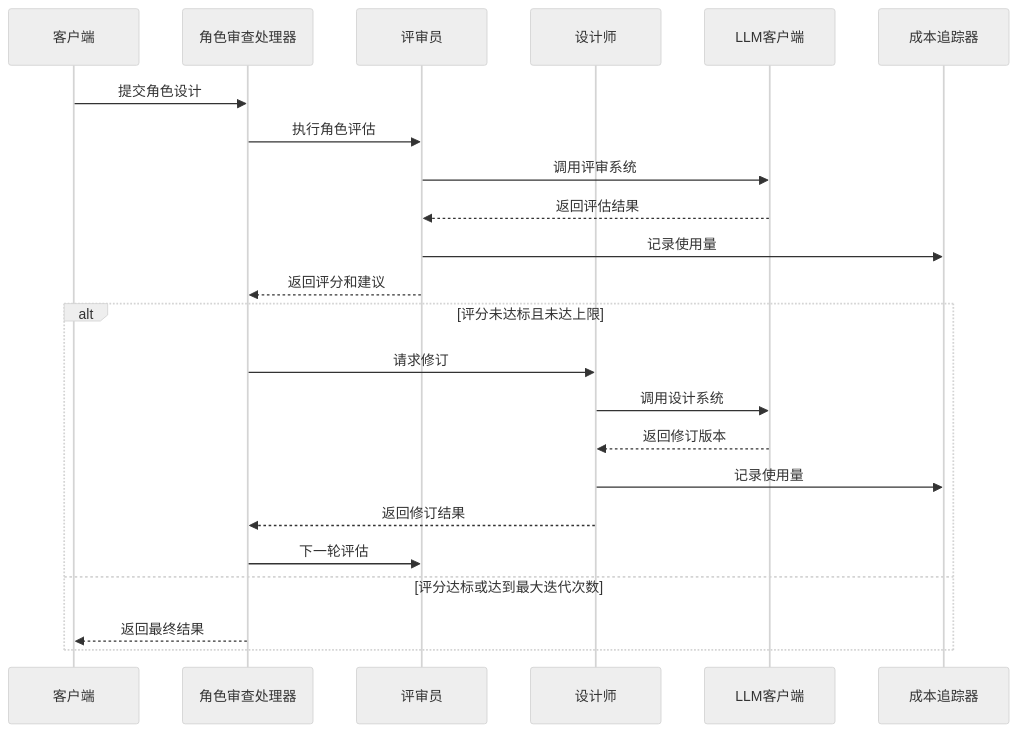
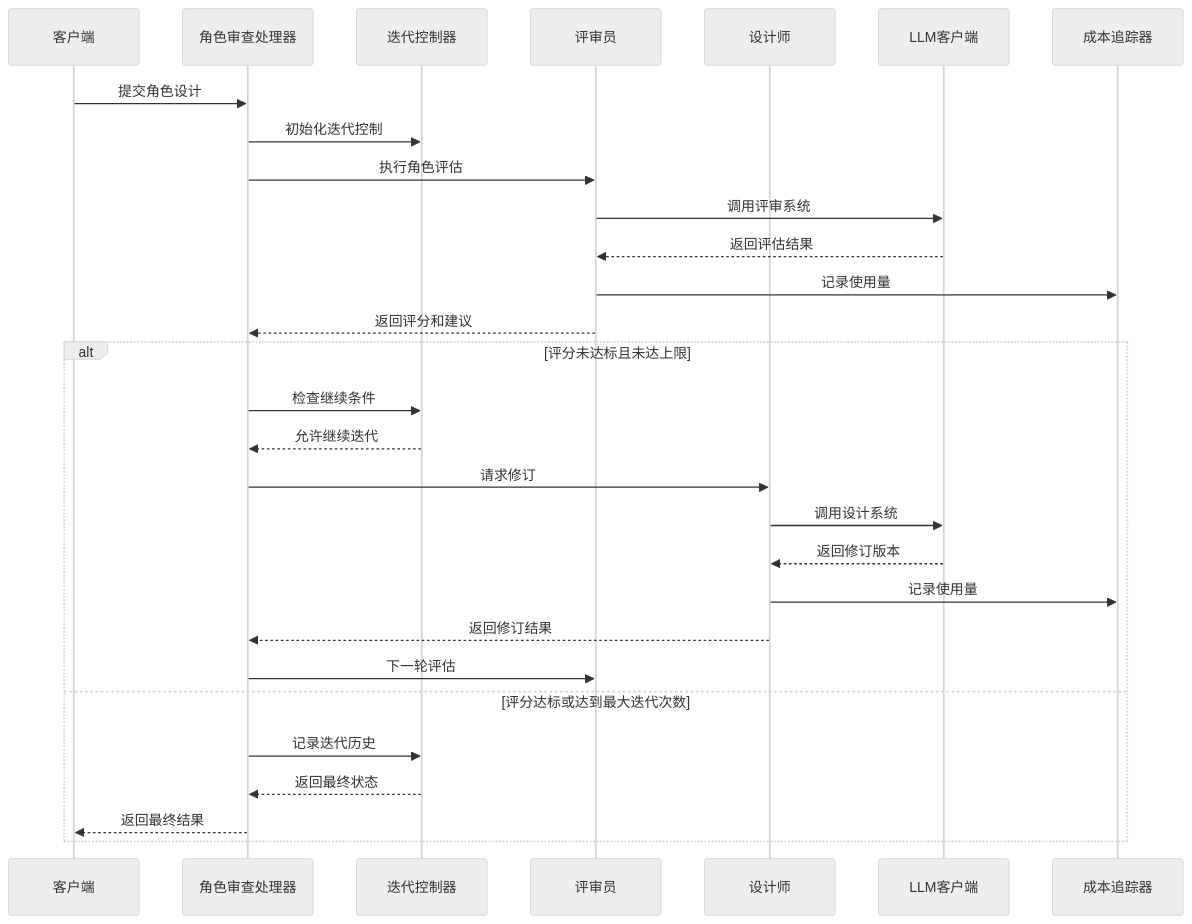
Before and after one commit to xfbyxq/ai-novel-system: the third of 9 diagrams in .qoder/repowiki/zh/content/AI智能体系统/角色审查处理器.md, drawn with Mermaid (neutral theme). The commit also changed other lines of this file and 10 other files, not shown here.

````diff
--- a/.qoder/repowiki/zh/content/AI智能体系统/角色审查处理器.md
+++ b/.qoder/repowiki/zh/content/AI智能体系统/角色审查处理器.md
@@ -138,25 +179,31 @@
 ```mermaid
 sequenceDiagram
 participant Client as 客户端
 participant Handler as 角色审查处理器
+participant Controller as 迭代控制器
 participant Reviewer as 评审员
 participant Designer as 设计师
 participant LLM as LLM客户端
 participant Cost as 成本追踪器
 Client->>Handler : 提交角色设计
+Handler->>Controller : 初始化迭代控制
 Handler->>Reviewer : 执行角色评估
 Reviewer->>LLM : 调用评审系统
 LLM-->>Reviewer : 返回评估结果
 Reviewer->>Cost : 记录使用量
 Reviewer-->>Handler : 返回评分和建议
 alt 评分未达标且未达上限
+Handler->>Controller : 检查继续条件
+Controller-->>Handler : 允许继续迭代
 Handler->>Designer : 请求修订
 Designer->>LLM : 调用设计系统
 LLM-->>Designer : 返回修订版本
 Designer->>Cost : 记录使用量
 Designer-->>Handler : 返回修订结果
 Handler->>Reviewer : 下一轮评估
 else 评分达标或达到最大迭代次数
+Handler->>Controller : 记录迭代历史
+Controller-->>Handler : 返回最终状态
 Handler-->>Client : 返回最终结果
 end
 ```
````
